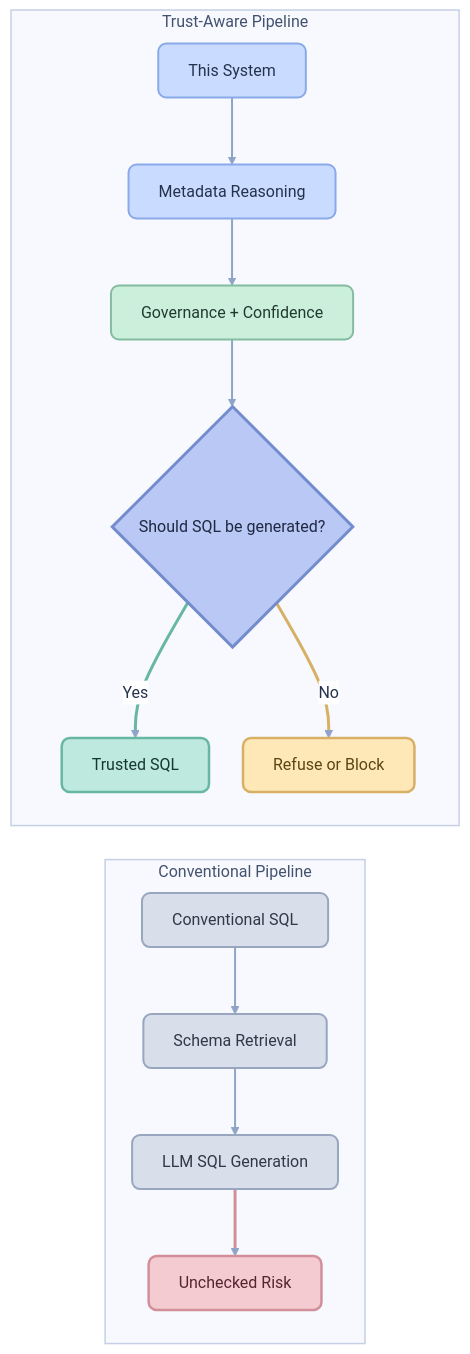
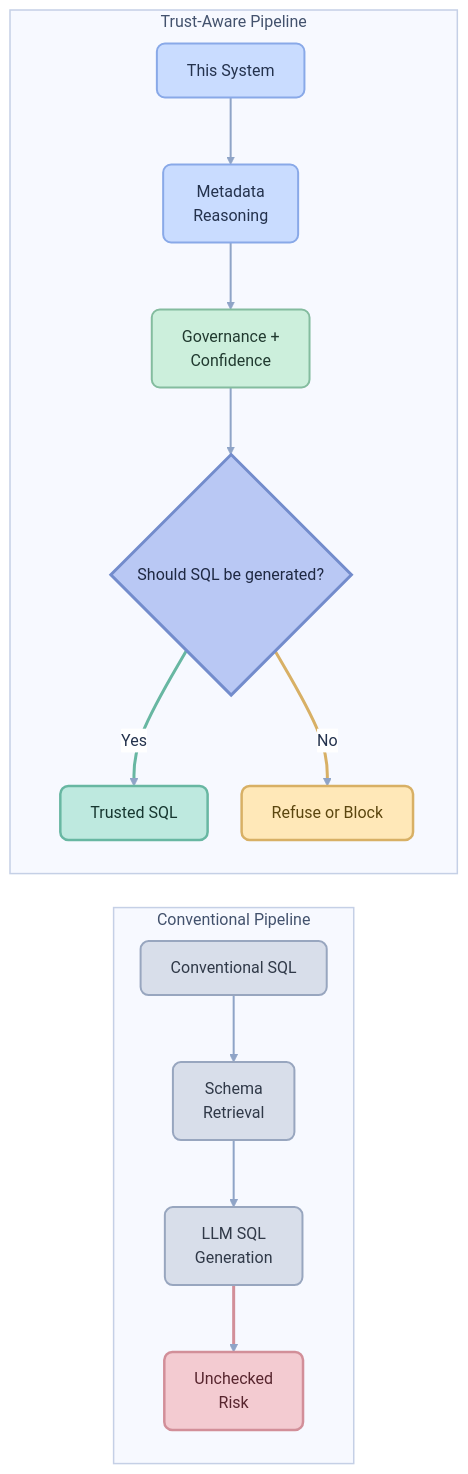
The second of 2 diagrams in README.md (Keerthi-Rapolu/Trust-Aware-Metadata-Intelligence), drawn with Mermaid before and after one commit. The commit also changed other lines of this file, not shown here.

Commit message:
Fix Mermaid label clipping with multiline nodes

````diff
--- a/README.md
+++ b/README.md
@@ -404,55 +404,55 @@
 ```mermaid
 %%{init: {
   "theme": "base",
   "themeVariables": {
     "background": "#ffffff",
     "primaryTextColor": "#24324d",
     "secondaryTextColor": "#3c4d6b",
     "lineColor": "#8fa4c7",
     "edgeLabelBackground": "#ffffff",
     "fontFamily": "Segoe UI, Arial, sans-serif"
   },
   "flowchart": {
     "nodeSpacing": 34,
     "rankSpacing": 42,
     "curve": "basis"
   }
 }}%%
 flowchart LR
     subgraph C1["Conventional Pipeline"]
-        A[Conventional SQL] --> B[Schema Retrieval]
-        B --> C[LLM SQL Generation]
-        C --> D[Unchecked Risk]
+        A["Conventional SQL"] --> B["Schema<br/>Retrieval"]
+        B --> C["LLM SQL<br/>Generation"]
+        C --> D["Unchecked<br/>Risk"]
     end
 
     subgraph C2["Trust-Aware Pipeline"]
-        E[This System] --> F[Metadata Reasoning]
-        F --> G[Governance + Confidence]
+        E["This System"] --> F["Metadata<br/>Reasoning"]
+        F --> G["Governance +<br/>Confidence"]
         G --> H{Should SQL be generated?}
-        H -->|Yes| I[Trusted SQL]
-        H -->|No| J[Refuse or Block]
+        H -->|Yes| I["Trusted SQL"]
+        H -->|No| J["Refuse or Block"]
     end
 
     classDef conventional fill:#d8deea,stroke:#98a6bf,stroke-width:2px,color:#303948,rx:8px,ry:8px;
     classDef conventionalRisk fill:#f3cbd1,stroke:#d28f99,stroke-width:2.5px,color:#57252e,rx:8px,ry:8px;
     classDef trusted fill:#c9dcff,stroke:#89a9e8,stroke-width:2px,color:#24324d,rx:8px,ry:8px;
     classDef trustedGate fill:#ccefdc,stroke:#84bc9f,stroke-width:2px,color:#213a30,rx:8px,ry:8px;
     classDef decision fill:#b9c8f4,stroke:#738ccc,stroke-width:3px,color:#1f2943;
     classDef trustedOutcome fill:#bee9df,stroke:#68b7a2,stroke-width:2.5px,color:#173730,rx:8px,ry:8px;
     classDef blockedOutcome fill:#ffe8b8,stroke:#d8b065,stroke-width:2.5px,color:#5b460f,rx:8px,ry:8px;
     classDef group fill:#f7f9ff,stroke:#c5d0e6,stroke-width:1.5px,color:#43526d;
 
     class A,B,C conventional;
     class D conventionalRisk;
     class E,F trusted;
     class G trustedGate;
     class H decision;
     class I trustedOutcome;
     class J blockedOutcome;
     class C1,C2 group;
 
     linkStyle default stroke:#8fa4c7,stroke-width:2px;
     linkStyle 2 stroke:#d28f99,stroke-width:3px;
     linkStyle 6 stroke:#68b7a2,stroke-width:3px;
     linkStyle 7 stroke:#d8b065,stroke-width:3px;
 ```
````
